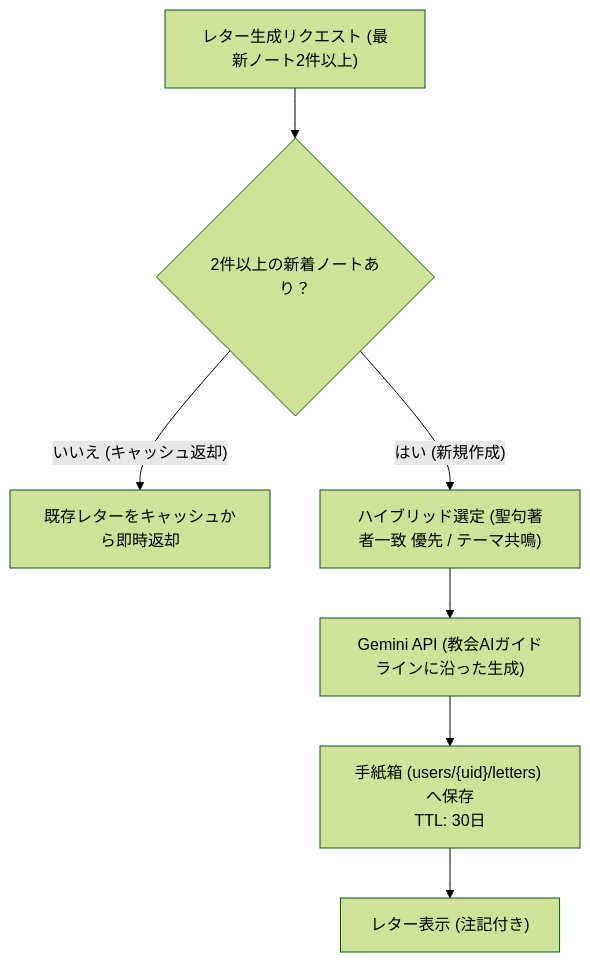
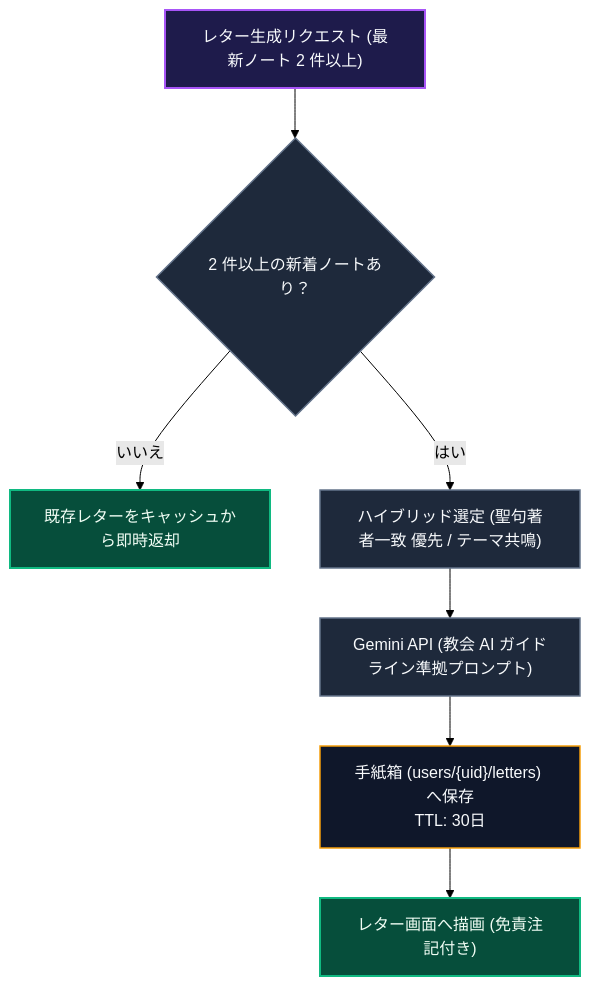
One commit to ScriptureHabit/scripture-habit changed the diagram in docs/ja/feature-ai-integration.md. Above: the diagram before and after it, drawn with Mermaid (forest theme). The commit also changed other lines of this file and 57 other files, not shown here.

Commit message:
docs: refine documentation prose and add structured diagram breakdowns across JA and EN

````diff
--- a/docs/ja/feature-ai-integration.md
+++ b/docs/ja/feature-ai-integration.md
@@ -41,9 +41,14 @@
 ```mermaid
 flowchart TD
-    Request["レター生成リクエスト (最新ノート2件以上)"] --> CheckCooldown{"2件以上の新着ノートあり？"}
-    CheckCooldown -- "いいえ (キャッシュ返却)" --> ReturnCache["既存レターをキャッシュから即時返却"]
-    CheckCooldown -- "はい (新規作成)" --> PersonaMatch["ハイブリッド選定 (聖句著者一致 優先 / テーマ共鳴)"]
-    PersonaMatch --> CallGemini["Gemini API (教会AIガイドラインに沿った生成)"]
-    CallGemini --> SaveDB["手紙箱 (users/{uid}/letters) へ保存<br/>TTL: 30日"]
-    SaveDB --> Deliver["レター表示 (注記付き)"]
+    classDef req fill:#1e1b4b,stroke:#a855f7,stroke-width:2px,color:#f8fafc;
+    classDef step fill:#1e293b,stroke:#64748b,stroke-width:1.5px,color:#f8fafc;
+    classDef db fill:#0f172a,stroke:#f59e0b,stroke-width:1.5px,color:#f8fafc;
+    classDef deliver fill:#064e3b,stroke:#10b981,stroke-width:2px,color:#f0fdf4;
+
+    Request["レター生成リクエスト (最新ノート 2 件以上)"]:::req --> CheckCooldown{"2 件以上の新着ノートあり？"}:::step
+    CheckCooldown -- "いいえ" --> ReturnCache["既存レターをキャッシュから即時返却"]:::deliver
+    CheckCooldown -- "はい" --> PersonaMatch["ハイブリッド選定 (聖句著者一致 優先 / テーマ共鳴)"]:::step
+    PersonaMatch --> CallGemini["Gemini API (教会 AI ガイドライン準拠プロンプト)"]:::step
+    CallGemini --> SaveDB["手紙箱 (users/{uid}/letters) へ保存<br/>TTL: 30日"]:::db
+    SaveDB --> Deliver["レター画面へ描画 (免責注記付き)"]:::deliver
 ```
````
